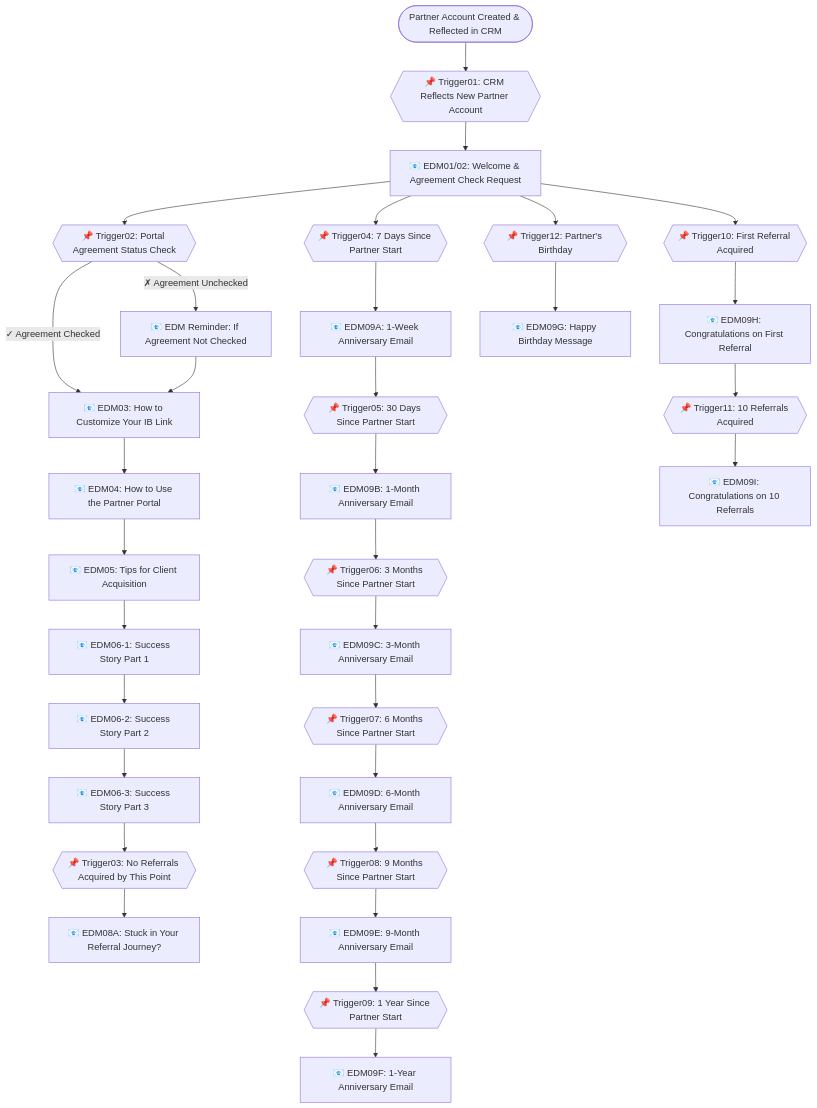
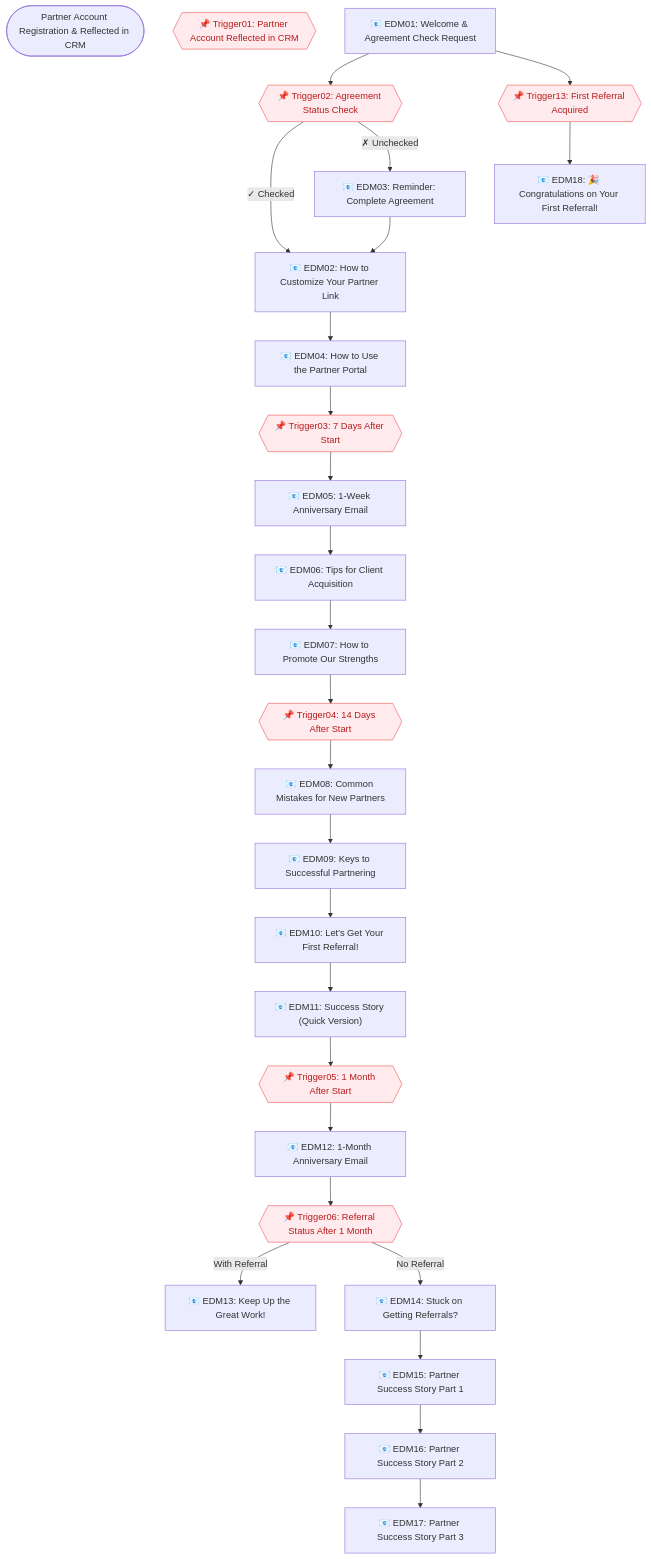
Before and after one commit to Aki-data-analysis/partner-onboarding-edm-automation-: the diagram in flowchart.mmd, drawn with Mermaid.

```diff
--- a/flowchart.mmd
+++ b/flowchart.mmd
@@ -1,67 +1,54 @@
 flowchart TD
   %% Start
-  Start([Partner Account Created & Reflected in CRM])
+  Start(["Partner Account Registration & Reflected in CRM"])
 
   %% Initial Trigger
-  Trigger01{{📌 Trigger01: CRM Reflects New Partner Account}}
-  EDM01_02[📧 EDM01/02: Welcome & Agreement Check Request]
+  Trigger01{{📌 Trigger01: Partner Account Reflected in CRM}}
+  EDM01["📧 EDM01: Welcome & Agreement Check Request"]
 
   %% Agreement Check Branch
-  Trigger02{{📌 Trigger02: Portal Agreement Status Check}}
-  EDM_Remind[📧 EDM Reminder: If Agreement Not Checked]
-  EDM03[📧 EDM03: How to Customize Your IB Link]
+  Trigger02{{📌 Trigger02: Agreement Status Check}}
+  Trigger13{{📌 Trigger13: First Referral Acquired}}
 
-  %% Next Phase
-  EDM04[📧 EDM04: How to Use the Partner Portal]
-  EDM05[📧 EDM05: Tips for Client Acquisition]
+  EDM01 --> Trigger02 & Trigger13
+  Trigger02 -- ✓ Checked --> EDM02["📧 EDM02: How to Customize Your Partner Link"]
+  Trigger02 -- ✗ Unchecked --> EDM03["📧 EDM03: Reminder: Complete Agreement"]
+  EDM03 --> EDM02
 
-  %% Success Story Emails (Split into 3 Parts)
-  EDM06a[📧 EDM06-1: Success Story Part 1]
-  EDM06b[📧 EDM06-2: Success Story Part 2]
-  EDM06c[📧 EDM06-3: Success Story Part 3]
-   
-  %% Inactive Partner Trigger
-  Trigger08a{{📌 Trigger03: No Referrals Acquired by This Point}}
-  EDM08a[📧 EDM08A: Stuck in Your Referral Journey?]
+  %% Portal Guidance
+  EDM02 --> EDM04["📧 EDM04: How to Use the Partner Portal"]
 
   %% Milestone Emails
-  Trigger09a{{📌 Trigger04: 7 Days Since Partner Start}}
-  EDM09A[📧 EDM09A: 1-Week Anniversary Email]
+  EDM04 --> Trigger03{{📌 Trigger03: 7 Days After Start}}
+  Trigger03 --> EDM05["📧 EDM05: 1-Week Anniversary Email"]
+  EDM05 --> EDM06["📧 EDM06: Tips for Client Acquisition"]
+  EDM06 --> EDM07["📧 EDM07: How to Promote Our Strengths"]
 
-  Trigger09b{{📌 Trigger05: 30 Days Since Partner Start}}
-  EDM09B[📧 EDM09B: 1-Month Anniversary Email]
+  EDM07 --> Trigger04{{📌 Trigger04: 14 Days After Start}}
+  Trigger04 --> EDM08["📧 EDM08: Common Mistakes for New Partners"]
+  EDM08 --> EDM09["📧 EDM09: Keys to Successful Partnering"]
+  EDM09 --> EDM10["📧 EDM10: Let's Get Your First Referral!"]
+  EDM10 --> EDM11["📧 EDM11: Success Story (Quick Version)"]
 
-  Trigger09c{{📌 Trigger06: 3 Months Since Partner Start}}
-  EDM09C[📧 EDM09C: 3-Month Anniversary Email]
+  EDM11 --> Trigger05{{📌 Trigger05: 1 Month After Start}}
+  Trigger05 --> EDM12["📧 EDM12: 1-Month Anniversary Email"]
 
-  Trigger09d{{📌 Trigger07: 6 Months Since Partner Start}}
-  EDM09D[📧 EDM09D: 6-Month Anniversary Email]
+  %% Referral Check After 1 Month
+  EDM12 --> Trigger06{{📌 Trigger06: Referral Status After 1 Month}}
+  Trigger06 -- With Referral --> EDM13["📧 EDM13: Keep Up the Great Work!"]
+  Trigger06 -- No Referral --> EDM14["📧 EDM14: Stuck on Getting Referrals?"]
+  EDM14 --> EDM15["📧 EDM15: Partner Success Story Part 1"]
+  EDM15 --> EDM16["📧 EDM16: Partner Success Story Part 2"]
+  EDM16 --> EDM17["📧 EDM17: Partner Success Story Part 3"]
 
-  Trigger09e{{📌 Trigger08: 9 Months Since Partner Start}}
-  EDM09E[📧 EDM09E: 9-Month Anniversary Email]
+  %% First Referral Congratulation
+  Trigger13 --> EDM18["📧 EDM18: 🎉 Congratulations on Your First Referral!"]
 
-  Trigger09f{{📌 Trigger09: 1 Year Since Partner Start}}
-  EDM09F[📧 EDM09F: 1-Year Anniversary Email]
-
-  %% Immediate Referral Celebration Triggers
-  Trigger09h{{📌 Trigger10: First Referral Acquired}}
-  EDM09H[📧 EDM09H: Congratulations on First Referral]
-
-  Trigger09i{{📌 Trigger11: 10 Referrals Acquired}}
-  EDM09I[📧 EDM09I: Congratulations on 10 Referrals]
-
-  %% Birthday Trigger
-  Trigger09g{{📌 Trigger12: Partner's Birthday}}
-  EDM09G[📧 EDM09G: Happy Birthday Message]
-
-  %% Flow Connections
-  Start --> Trigger01 --> EDM01_02
-  EDM01_02 --> Trigger02 -- "✓ Agreement Checked" --> EDM03
-  Trigger02 -- "✗ Agreement Unchecked" --> EDM_Remind --> EDM03
-  
-  EDM03 --> EDM04 --> EDM05
-  EDM05 --> EDM06a --> EDM06b --> EDM06c --> Trigger08a --> EDM08a
-  
-  EDM01_02 --> Trigger09a --> EDM09A --> Trigger09b --> EDM09B --> Trigger09c --> EDM09C --> Trigger09d --> EDM09D --> Trigger09e --> EDM09E --> Trigger09f --> EDM09F
-  EDM01_02 --> Trigger09g --> EDM09G
-  EDM01_02 --> Trigger09h --> EDM09H --> Trigger09i --> EDM09I
+  %% Styles
+  style Trigger01 fill:#ffebee,stroke:#ef5350,color:#b71c1c
+  style Trigger02 fill:#ffebee,stroke:#ef5350,color:#b71c1c
+  style Trigger03 fill:#ffebee,stroke:#ef5350,color:#b71c1c
+  style Trigger04 fill:#ffebee,stroke:#ef5350,color:#b71c1c
+  style Trigger05 fill:#ffebee,stroke:#ef5350,color:#b71c1c
+  style Trigger06 fill:#ffebee,stroke:#ef5350,color:#b71c1c
+  style Trigger13 fill:#ffebee,stroke:#ef5350,color:#b71c1c
```
